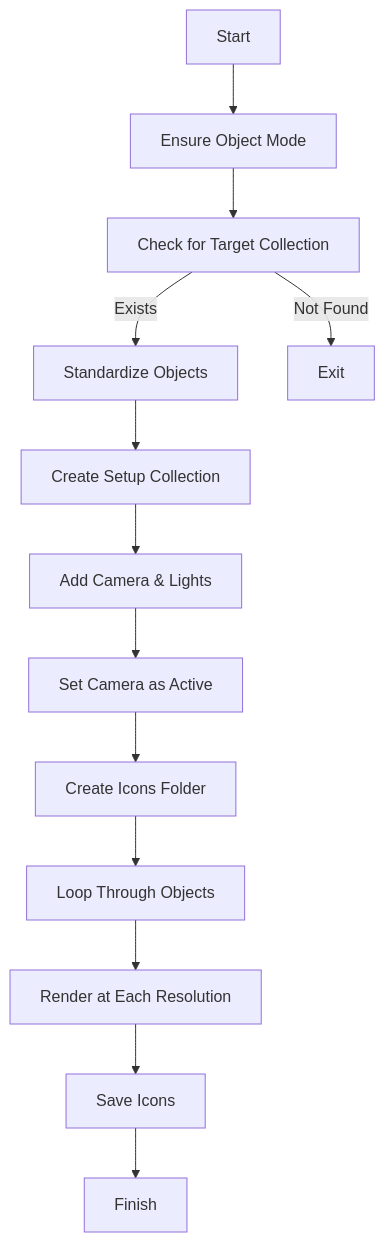
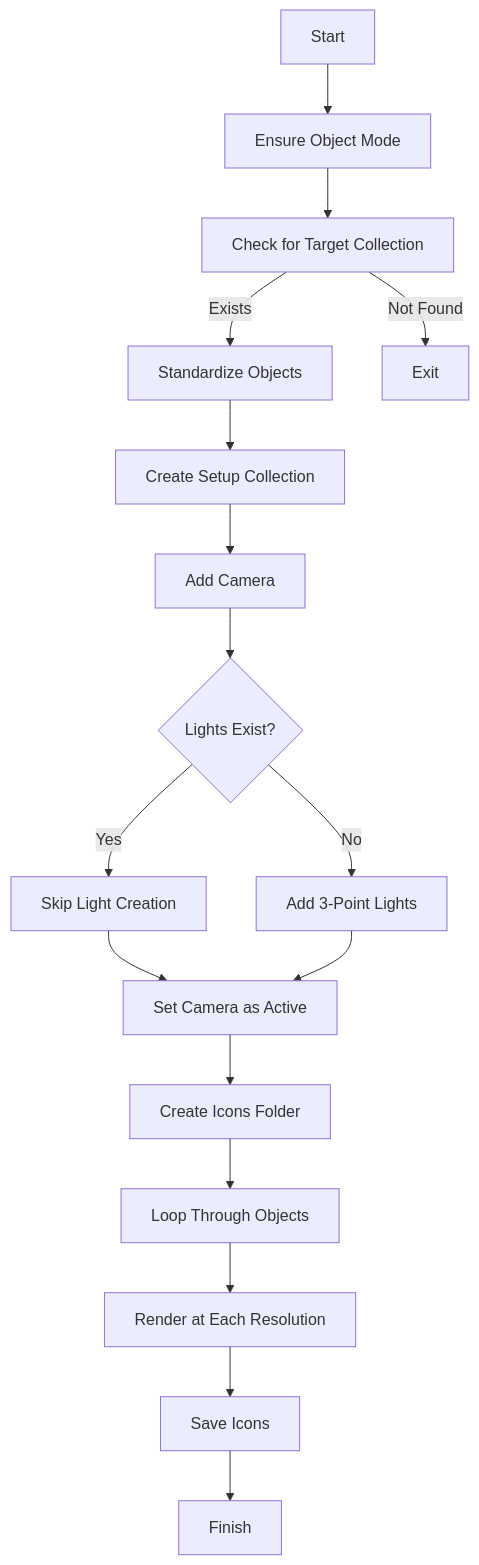
Before and after one commit to CarlaCGDM/icon_generator: the diagram in README.md, drawn with Mermaid. The commit also changed other lines of this file, not shown here.

````diff
--- a/README.md
+++ b/README.md
@@ -17,15 +18,18 @@
 ```mermaid
 graph TD
     A[Start] --> B[Ensure Object Mode]
     B --> C[Check for Target Collection]
     C -- Exists --> D[Standardize Objects]
     C -- Not Found --> X[Exit]
     D --> E[Create Setup Collection]
-    E --> F[Add Camera & Lights]
-    F --> G[Set Camera as Active]
-    G --> H[Create Icons Folder]
-    H --> I[Loop Through Objects]
-    I --> J[Render at Each Resolution]
-    J --> K[Save Icons]
-    K --> Z[Finish]
+    E --> F[Add Camera]
+    F --> G{Lights Exist?}
+    G -- Yes --> H[Skip Light Creation]
+    G -- No --> I[Add 3-Point Lights]
+    H & I --> J[Set Camera as Active]
+    J --> K[Create Icons Folder]
+    K --> L[Loop Through Objects]
+    L --> M[Render at Each Resolution]
+    M --> N[Save Icons]
+    N --> Z[Finish]
 ```
````
